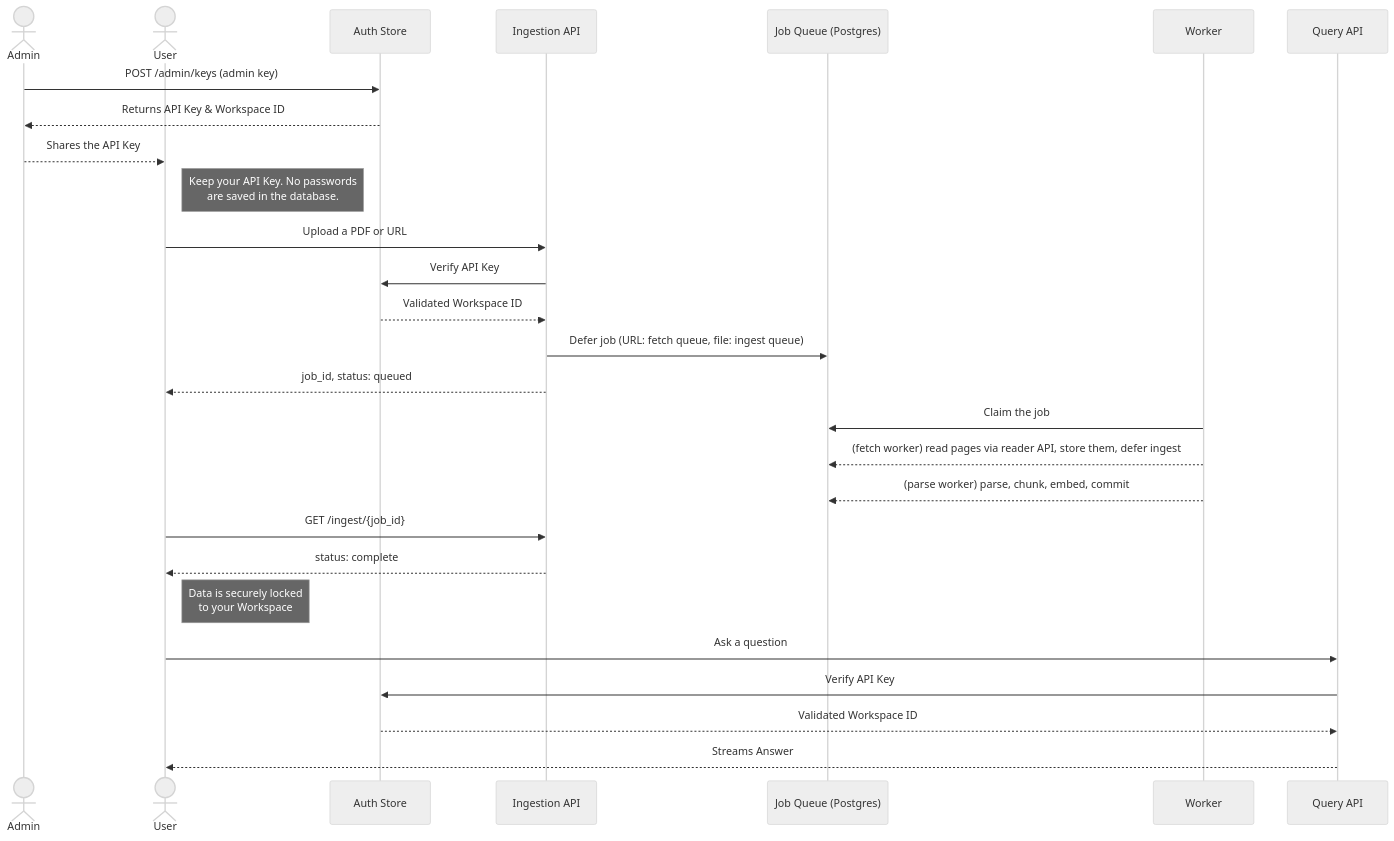
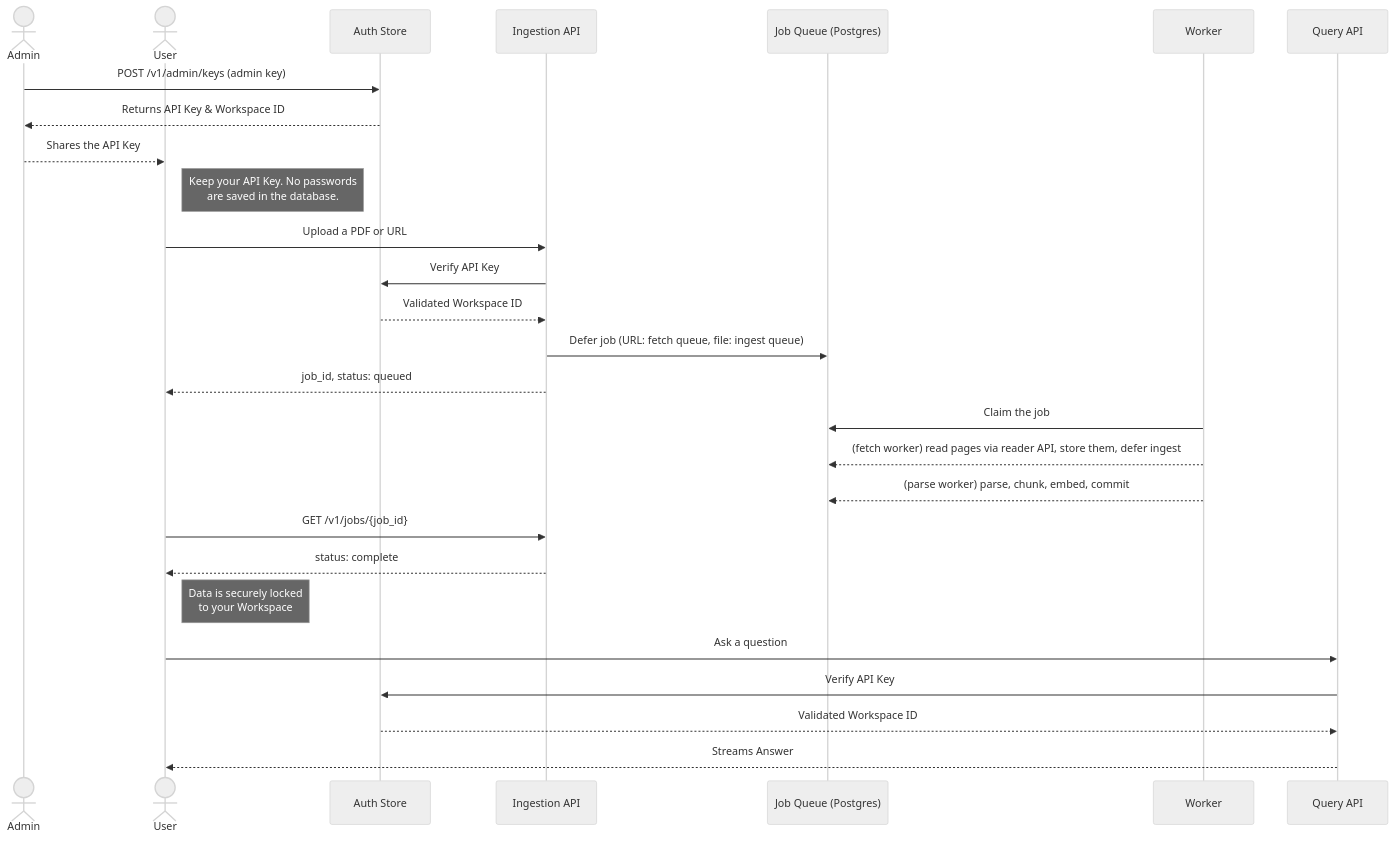
Before and after one commit to rudrabaru/nexus-rag: the first of 4 diagrams in README.md, drawn with Mermaid (neutral theme). The commit also changed other lines of this file and 58 other files, not shown here.

````diff
--- a/README.md
+++ b/README.md
@@ -123,35 +123,35 @@
 ```mermaid
 sequenceDiagram
     actor Admin
     actor User
     participant Auth as Auth Store
     participant Ingest as Ingestion API
     participant Queue as Job Queue (Postgres)
     participant Worker
     participant Query as Query API
 
     %% Key provisioning (admin only; there is no open sign-up)
-    Admin->>Auth: POST /admin/keys (admin key)
+    Admin->>Auth: POST /v1/admin/keys (admin key)
     Auth-->>Admin: Returns API Key & Workspace ID
     Admin-->>User: Shares the API Key
     Note right of User: Keep your API Key. No passwords<br/>are saved in the database.
 
     %% Ingestion: the API only validates and queues
     User->>Ingest: Upload a PDF or URL
     Ingest->>Auth: Verify API Key
     Auth-->>Ingest: Validated Workspace ID
     Ingest->>Queue: Defer job (URL: fetch queue, file: ingest queue)
     Ingest-->>User: job_id, status: queued
     Worker->>Queue: Claim the job
     Worker-->>Queue: (fetch worker) read pages via reader API, store them, defer ingest
     Worker-->>Queue: (parse worker) parse, chunk, embed, commit
-    User->>Ingest: GET /ingest/{job_id}
+    User->>Ingest: GET /v1/jobs/{job_id}
     Ingest-->>User: status: complete
     Note right of User: Data is securely locked<br/>to your Workspace
 
     %% Querying
     User->>Query: Ask a question
     Query->>Auth: Verify API Key
     Auth-->>Query: Validated Workspace ID
     Query-->>User: Streams Answer
 ```
````
